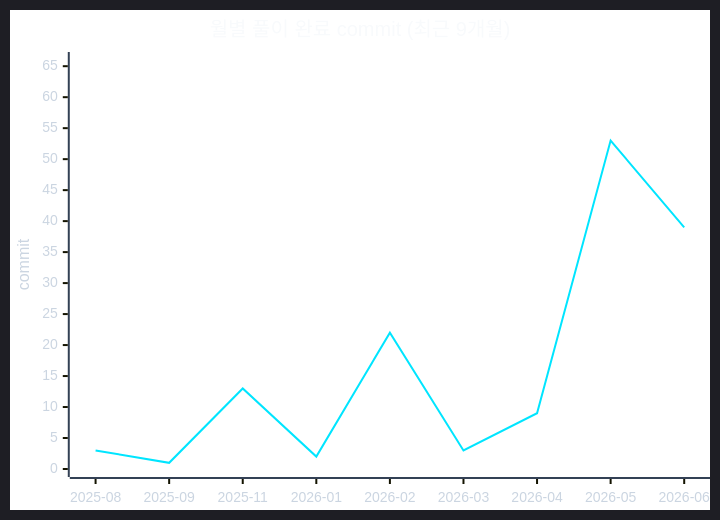
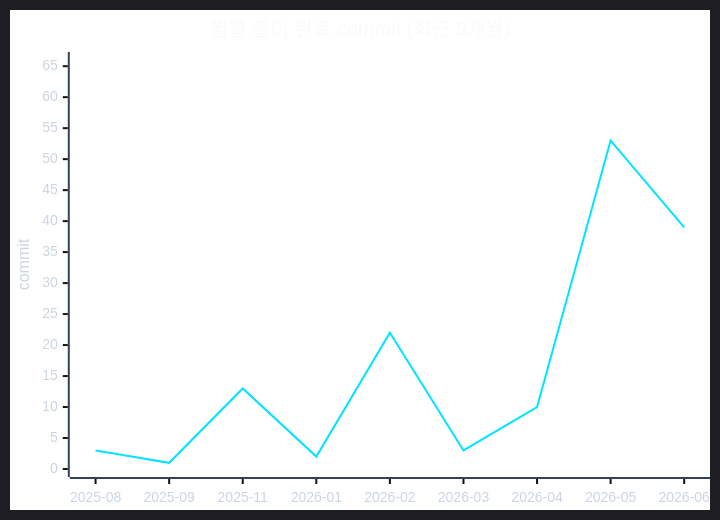
The second of 2 diagrams in readme.md (CHOOSLA/Algorithm), drawn with Mermaid before and after one commit. The commit also changed other lines of this file and 2 other files, not shown here.

````diff
--- a/readme.md
+++ b/readme.md
@@ -71,22 +71,22 @@
 ```mermaid
 ---
 config:
   theme: dark
   themeVariables:
     background: '#0d1117'
     xyChart:
       titleColor: '#f8fafc'
       xAxisLabelColor: '#cbd5e1'
       xAxisTitleColor: '#cbd5e1'
       xAxisLineColor: '#334155'
       yAxisLabelColor: '#cbd5e1'
       yAxisTitleColor: '#cbd5e1'
       yAxisLineColor: '#334155'
       plotColorPalette: '#00e5ff'
 ---
 xychart-beta
   title "월별 풀이 완료 commit (최근 9개월)"
   x-axis ["2025-08", "2025-09", "2025-11", "2026-01", "2026-02", "2026-03", "2026-04", "2026-05", "2026-06"]
   y-axis "commit" 0 --> 66
-  line [3, 1, 13, 2, 22, 3, 9, 53, 39]
+  line [3, 1, 13, 2, 22, 3, 10, 53, 39]
 ```
````
